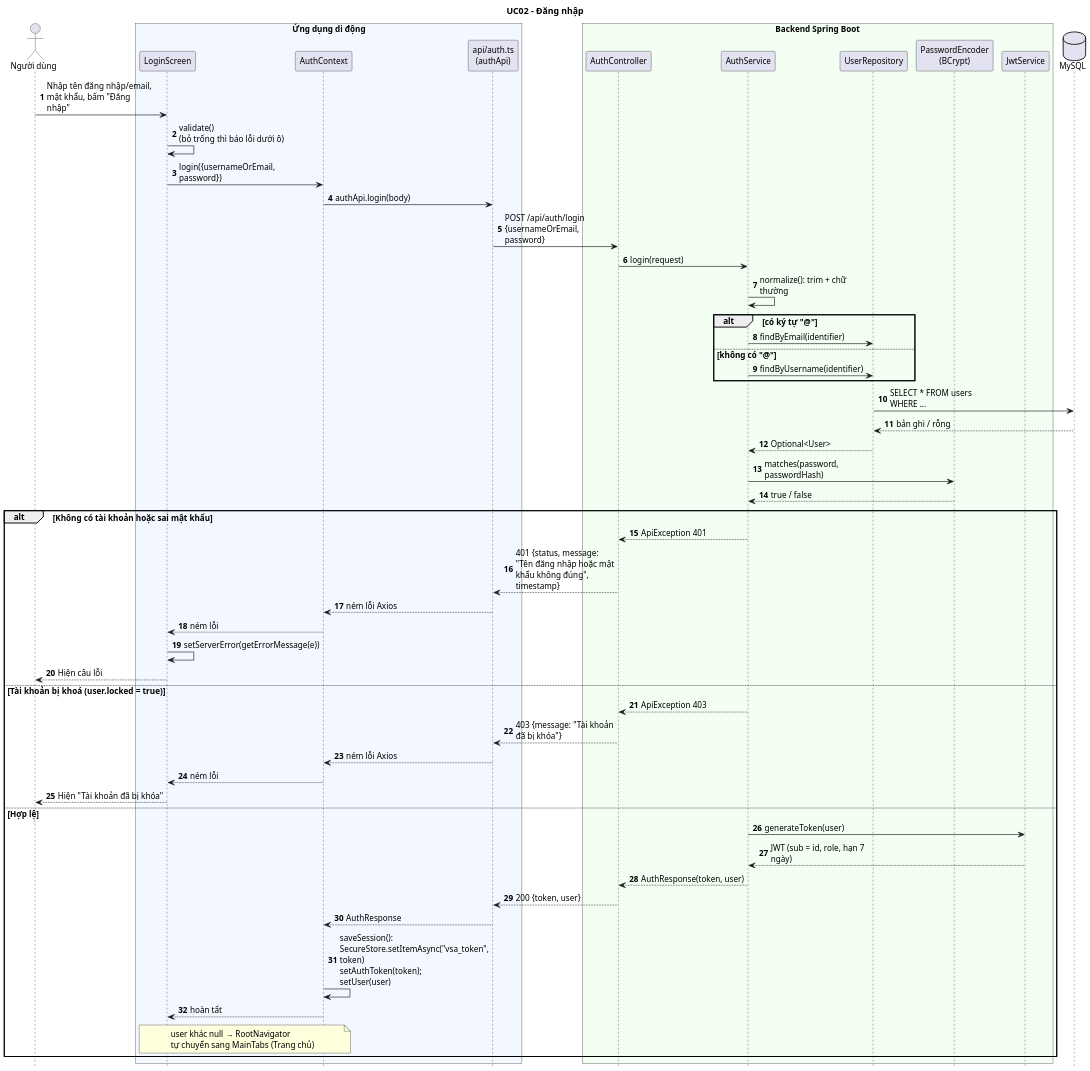
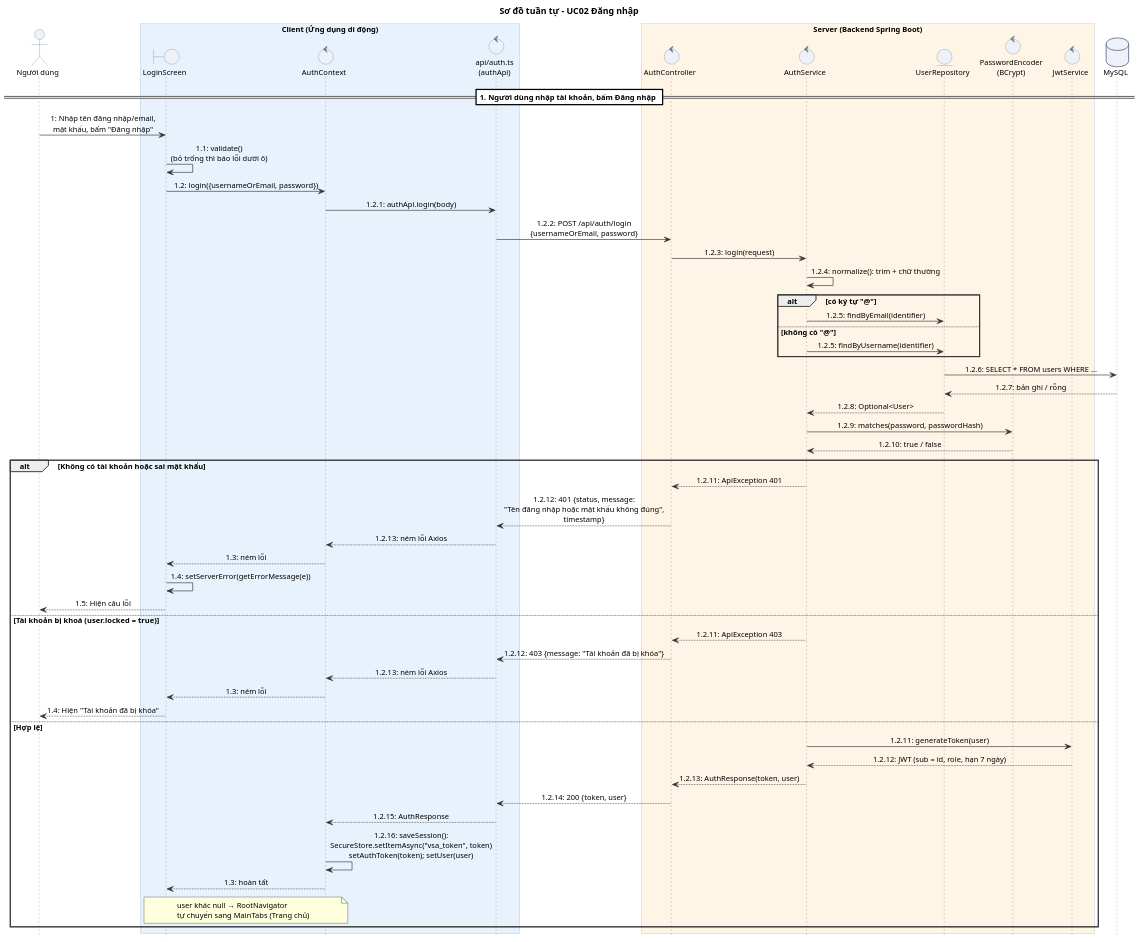
One commit to khanh2925/video-sharing-app changed the diagram in docs/uml/seq_login.puml. Above: the diagram before and after it, drawn with PlantUML. The commit also changed 10 other files, not shown here.

First line of the commit message:
Tài liệu: vẽ lại 5 sơ đồ tuần tự cùng một kiểu

```diff
--- a/docs/uml/seq_login.puml
+++ b/docs/uml/seq_login.puml
@@ -1,74 +1,96 @@
 @startuml seq_login
 skinparam defaultFontName Arial
-skinparam defaultFontSize 13
+skinparam defaultFontSize 12
 skinparam dpi 150
 skinparam shadowing false
-skinparam sequenceMessageAlign left
-skinparam responseMessageBelowArrow true
-skinparam ParticipantPadding 2
-skinparam BoxPadding 4
-skinparam maxMessageSize 170
+skinparam sequenceMessageAlign center
+skinparam responseMessageBelowArrow false
+skinparam maxMessageSize 260
+skinparam BoxPadding 8
+skinparam ArrowColor #333333
+skinparam sequence {
+  LifeLineBorderColor #8A8A8A
+  ParticipantBackgroundColor #EEF1F8
+  ParticipantBorderColor #6B7A90
+  ActorBackgroundColor #EEF1F8
+  ActorBorderColor #6B7A90
+  BoxBorderColor #9DB4CF
+  DividerBackgroundColor #FFFFFF
+  GroupBorderColor #333333
+}
+skinparam BoundaryBackgroundColor #EEF1F8
+skinparam BoundaryBorderColor #6B7A90
+skinparam ControlBackgroundColor #EEF1F8
+skinparam ControlBorderColor #6B7A90
+skinparam EntityBackgroundColor #EEF1F8
+skinparam EntityBorderColor #6B7A90
+skinparam DatabaseBackgroundColor #EEF1F8
+skinparam DatabaseBorderColor #6B7A90
+skinparam QueueBackgroundColor #EEF1F8
+skinparam QueueBorderColor #6B7A90
+skinparam CollectionsBackgroundColor #EEF1F8
+skinparam CollectionsBorderColor #6B7A90
 hide footbox
-autonumber
-title UC02 - Đăng nhập
+title Sơ đồ tuần tự - UC02 Đăng nhập
 
 actor "Người dùng" as U
-box "Ứng dụng di động" #F3F8FF
-  participant "LoginScreen" as LS
-  participant "AuthContext" as AC
-  participant "api/auth.ts\n(authApi)" as API
+box "Client (Ứng dụng di động)" #E8F2FC
+  boundary "LoginScreen" as LS
+  control "AuthContext" as AC
+  control "api/auth.ts\n(authApi)" as API
 end box
-box "Backend Spring Boot" #F4FFF4
-  participant "AuthController" as CTRL
-  participant "AuthService" as SVC
-  participant "UserRepository" as REPO
-  participant "PasswordEncoder\n(BCrypt)" as PE
-  participant "JwtService" as JWT
+box "Server (Backend Spring Boot)" #FFF5E6
+  control "AuthController" as CTRL
+  control "AuthService" as SVC
+  entity "UserRepository" as REPO
+  control "PasswordEncoder\n(BCrypt)" as PE
+  control "JwtService" as JWT
 end box
 database "MySQL" as DB
 
-U -> LS : Nhập tên đăng nhập/email,\nmật khẩu, bấm "Đăng nhập"
-LS -> LS : validate()\n(bỏ trống thì báo lỗi dưới ô)
-LS -> AC : login({usernameOrEmail, password})
-AC -> API : authApi.login(body)
-API -> CTRL : POST /api/auth/login\n{usernameOrEmail, password}
-CTRL -> SVC : login(request)
-SVC -> SVC : normalize(): trim + chữ thường
+== 1. Người dùng nhập tài khoản, bấm Đăng nhập ==
+U -> LS : 1: Nhập tên đăng nhập/email,\nmật khẩu, bấm "Đăng nhập"
+LS -> LS : 1.1: validate()\n(bỏ trống thì báo lỗi dưới ô)
+LS -> AC : 1.2: login({usernameOrEmail, password})
+AC -> API : 1.2.1: authApi.login(body)
+API -> CTRL : 1.2.2: POST /api/auth/login\n{usernameOrEmail, password}
+CTRL -> SVC : 1.2.3: login(request)
+SVC -> SVC : 1.2.4: normalize(): trim + chữ thường
 alt có ký tự "@"
-  SVC -> REPO : findByEmail(identifier)
+  SVC -> REPO : 1.2.5: findByEmail(identifier)
 else không có "@"
-  SVC -> REPO : findByUsername(identifier)
+  SVC -> REPO : 1.2.5: findByUsername(identifier)
 end
-REPO -> DB : SELECT * FROM users WHERE ...
-DB --> REPO : bản ghi / rỗng
-REPO --> SVC : Optional<User>
-SVC -> PE : matches(password, passwordHash)
-PE --> SVC : true / false
+REPO -> DB : 1.2.6: SELECT * FROM users WHERE ...
+DB --> REPO : 1.2.7: bản ghi / rỗng
+REPO --> SVC : 1.2.8: Optional<User>
+SVC -> PE : 1.2.9: matches(password, passwordHash)
+PE --> SVC : 1.2.10: true / false
 
 alt Không có tài khoản hoặc sai mật khẩu
-  SVC --> CTRL : ApiException 401
-  CTRL --> API : 401 {status, message:\n"Tên đăng nhập hoặc mật khẩu không đúng", timestamp}
-  API --> AC : ném lỗi Axios
-  AC --> LS : ném lỗi
-  LS -> LS : setServerError(getErrorMessage(e))
-  LS --> U : Hiện câu lỗi
+  SVC --> CTRL : 1.2.11: ApiException 401
+  CTRL --> API : 1.2.12: 401 {status, message:\n"Tên đăng nhập hoặc mật khẩu không đúng", timestamp}
+  API --> AC : 1.2.13: ném lỗi Axios
+  AC --> LS : 1.3: ném lỗi
+  LS -> LS : 1.4: setServerError(getErrorMessage(e))
+  LS --> U : 1.5: Hiện câu lỗi
 else Tài khoản bị khoá (user.locked = true)
-  SVC --> CTRL : ApiException 403
-  CTRL --> API : 403 {message: "Tài khoản đã bị khóa"}
-  API --> AC : ném lỗi Axios
-  AC --> LS : ném lỗi
-  LS --> U : Hiện "Tài khoản đã bị khóa"
+  SVC --> CTRL : 1.2.11: ApiException 403
+  CTRL --> API : 1.2.12: 403 {message: "Tài khoản đã bị khóa"}
+  API --> AC : 1.2.13: ném lỗi Axios
+  AC --> LS : 1.3: ném lỗi
+  LS --> U : 1.4: Hiện "Tài khoản đã bị khóa"
 else Hợp lệ
-  SVC -> JWT : generateToken(user)
-  JWT --> SVC : JWT (sub = id, role, hạn 7 ngày)
-  SVC --> CTRL : AuthResponse(token, user)
-  CTRL --> API : 200 {token, user}
-  API --> AC : AuthResponse
-  AC -> AC : saveSession():\nSecureStore.setItemAsync("vsa_token", token)\nsetAuthToken(token); setUser(user)
-  AC --> LS : hoàn tất
+  SVC -> JWT : 1.2.11: generateToken(user)
+  JWT --> SVC : 1.2.12: JWT (sub = id, role, hạn 7 ngày)
+  SVC --> CTRL : 1.2.13: AuthResponse(token, user)
+  CTRL --> API : 1.2.14: 200 {token, user}
+  API --> AC : 1.2.15: AuthResponse
+  AC -> AC : 1.2.16: saveSession():\nSecureStore.setItemAsync("vsa_token", token)\nsetAuthToken(token); setUser(user)
+  AC --> LS : 1.3: hoàn tất
   note over AC, LS
     user khác null → RootNavigator
     tự chuyển sang MainTabs (Trang chủ)
   end note
 end
 @enduml
```
